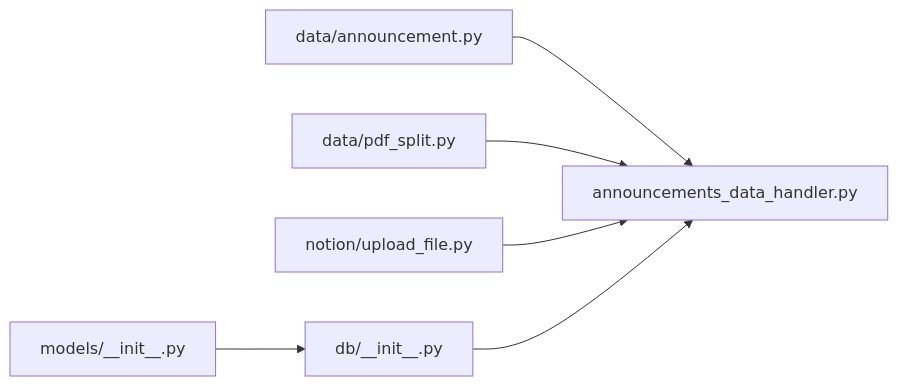
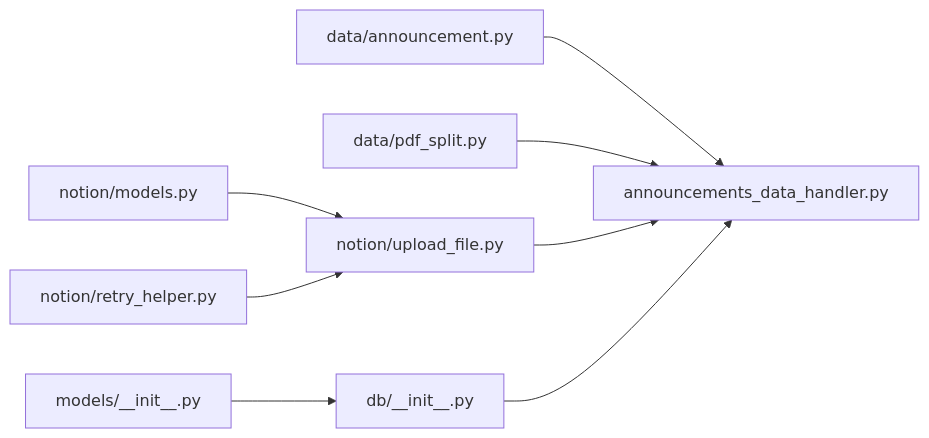
Before and after one commit to iverwong/DataLife: the ninth of 9 diagrams in .qoder/repowiki/zh/content/核心模块详解/Notion集成模块/文件上传策略.md, drawn with Mermaid. The commit also changed other lines of this file and 14 other files, not shown here.

````diff
--- a/.qoder/repowiki/zh/content/核心模块详解/Notion集成模块/文件上传策略.md
+++ b/.qoder/repowiki/zh/content/核心模块详解/Notion集成模块/文件上传策略.md
@@ -340,8 +394,10 @@
 ```mermaid
 graph LR
 Ann["data/announcement.py"] --> Handler["announcements_data_handler.py"]
 Split["data/pdf_split.py"] --> Handler
 Up["notion/upload_file.py"] --> Handler
 DB["db/__init__.py"] --> Handler
 Model["models/__init__.py"] --> DB
+Error["notion/models.py"] --> Up
+Retry["notion/retry_helper.py"] --> Up
 ```
````
